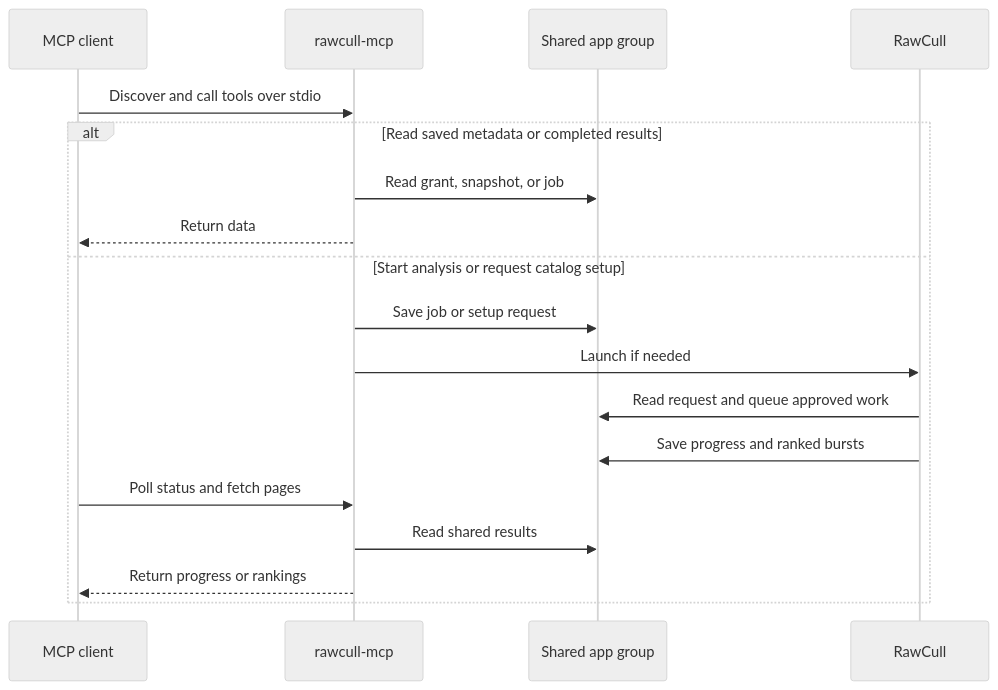
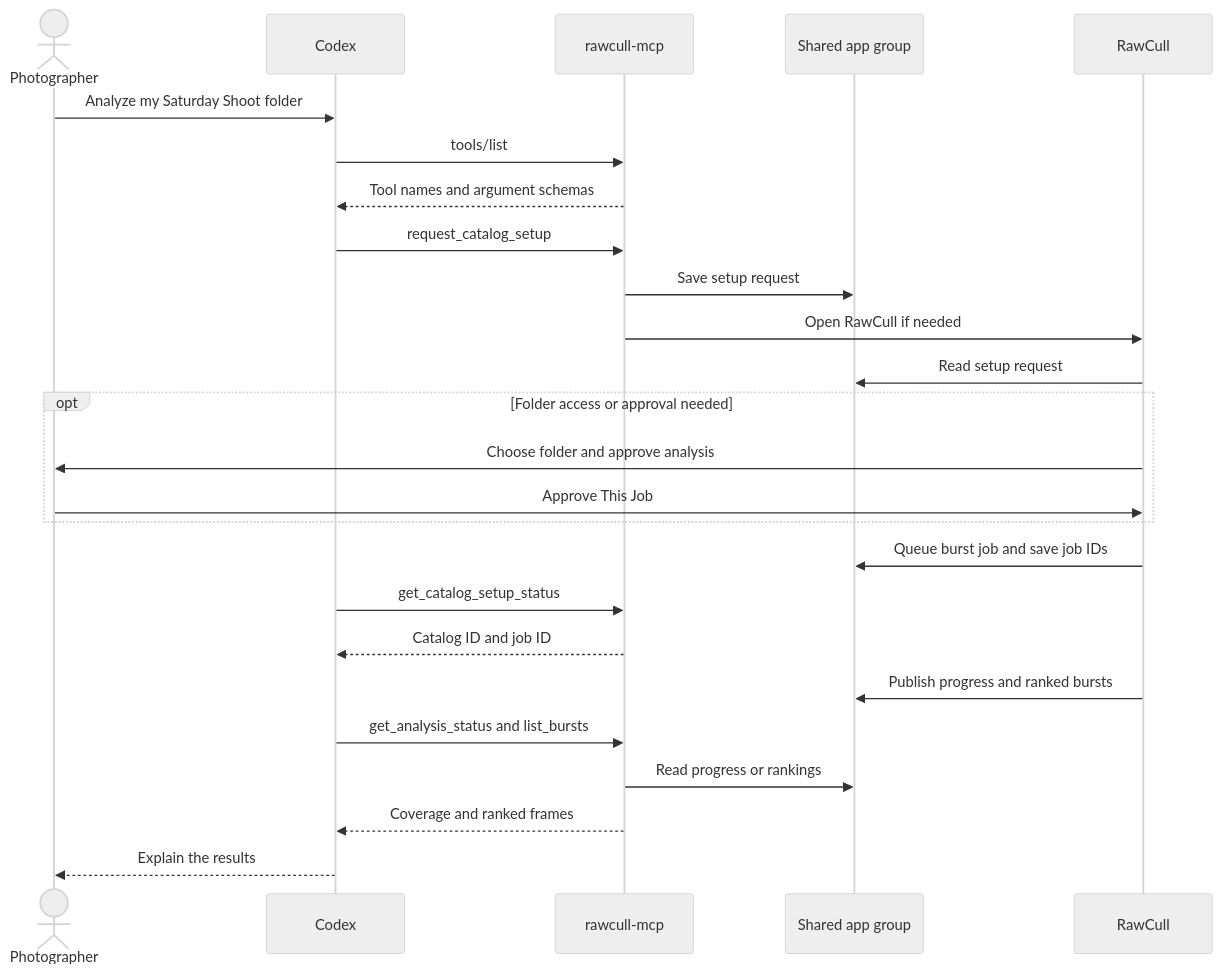
The diagram in content/en/docs/mcp.md (rsyncOSX/TechDocRawcull), drawn with Mermaid (neutral theme) before and after one commit. The commit also changed other lines of this file, not shown here.

````diff
--- a/content/en/docs/mcp.md
+++ b/content/en/docs/mcp.md
@@ -39,20 +29,27 @@
 ```mermaid
 sequenceDiagram
-    participant Client as MCP client
+    actor User as Photographer
+    participant Client as Codex
     participant Helper as rawcull-mcp
     participant Store as Shared app group
     participant App as RawCull
-    Client->>Helper: Discover and call tools over stdio
-    alt Read saved metadata or completed results
-        Helper->>Store: Read grant, snapshot, or job
-        Helper-->>Client: Return data
-    else Start analysis or request catalog setup
-        Helper->>Store: Save job or setup request
-        Helper->>App: Launch if needed
-        App->>Store: Read request and queue approved work
-        App->>Store: Save progress and ranked bursts
-        Client->>Helper: Poll status and fetch pages
-        Helper->>Store: Read shared results
-        Helper-->>Client: Return progress or rankings
+    User->>Client: Analyze my Saturday Shoot folder
+    Client->>Helper: tools/list
+    Helper-->>Client: Tool names and argument schemas
+    Client->>Helper: request_catalog_setup
+    Helper->>Store: Save setup request
+    Helper->>App: Open RawCull if needed
+    App->>Store: Read setup request
+    opt Folder access or approval needed
+        App->>User: Choose folder and approve analysis
+        User->>App: Approve This Job
     end
+    App->>Store: Queue burst job and save job IDs
+    Client->>Helper: get_catalog_setup_status
+    Helper-->>Client: Catalog ID and job ID
+    App->>Store: Publish progress and ranked bursts
+    Client->>Helper: get_analysis_status and list_bursts
+    Helper->>Store: Read progress or rankings
+    Helper-->>Client: Coverage and ranked frames
+    Client-->>User: Explain the results
 ```
````
